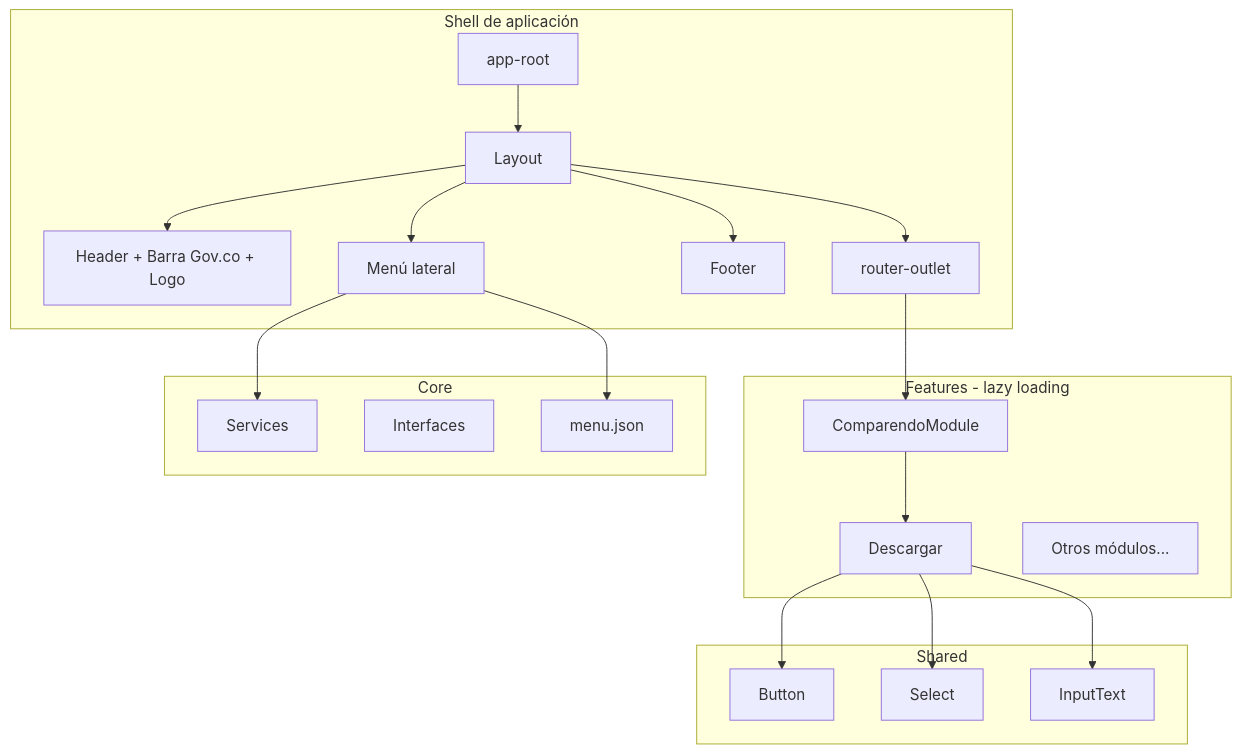
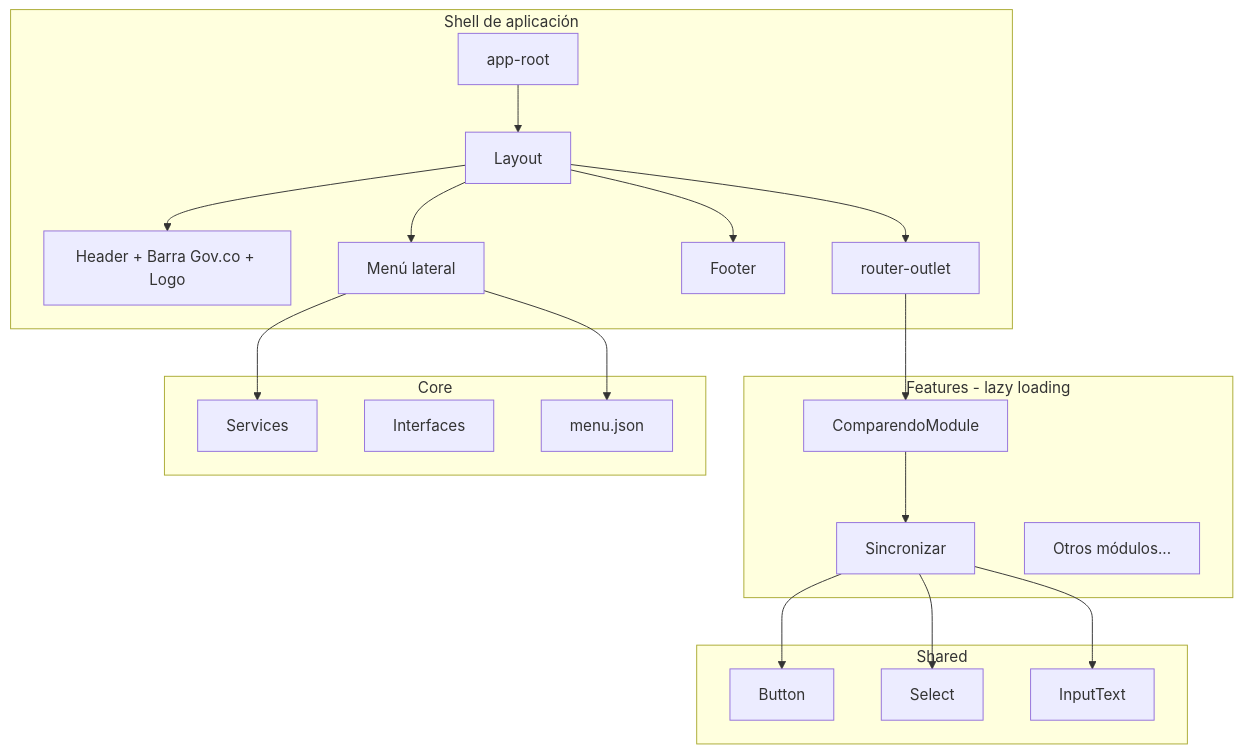
One commit to julianbarbosa/saul3-front changed the diagram in README.md. Above: the diagram before and after it, drawn with Mermaid. The commit also changed other lines of this file and 13 other files, not shown here.

````diff
--- a/README.md
+++ b/README.md
@@ -21,42 +21,42 @@
 ```mermaid
 flowchart TB
   subgraph shell [Shell de aplicación]
     App[app-root]
     Layout[Layout]
     Header[Header + Barra Gov.co + Logo]
     Menu[Menú lateral]
     Footer[Footer]
     Outlet[router-outlet]
   end
 
   subgraph features [Features - lazy loading]
     Comparendo[ComparendoModule]
-    Descargar[Descargar]
+    Sincronizar[Sincronizar]
     Futuro[Otros módulos...]
   end
 
   subgraph shared [Shared]
     Button[Button]
     Select[Select]
     InputText[InputText]
   end
 
   subgraph core [Core]
     Services[Services]
     Interfaces[Interfaces]
     MenuJson[menu.json]
   end
 
   App --> Layout
   Layout --> Header
   Layout --> Menu
   Layout --> Outlet
   Layout --> Footer
   Menu --> MenuJson
   Outlet --> Comparendo
-  Comparendo --> Descargar
-  Descargar --> Button
-  Descargar --> Select
-  Descargar --> InputText
+  Comparendo --> Sincronizar
+  Sincronizar --> Button
+  Sincronizar --> Select
+  Sincronizar --> InputText
   Menu --> Services
 ```
````
